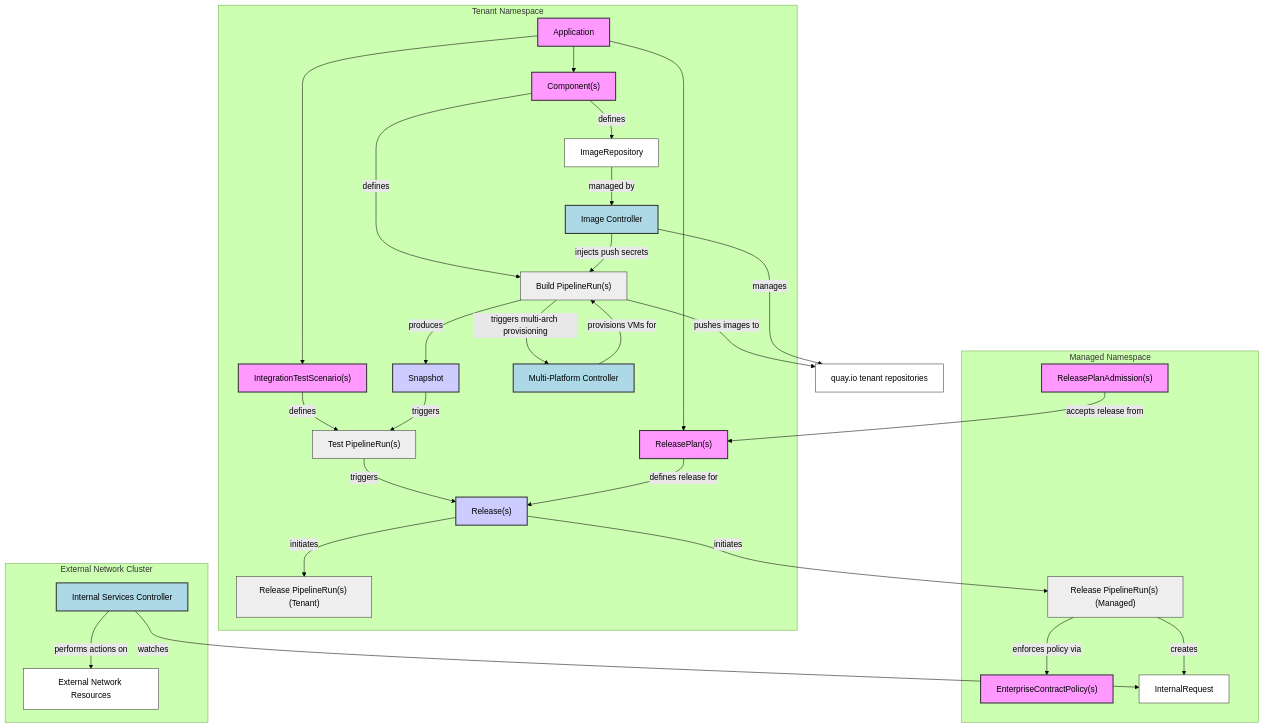
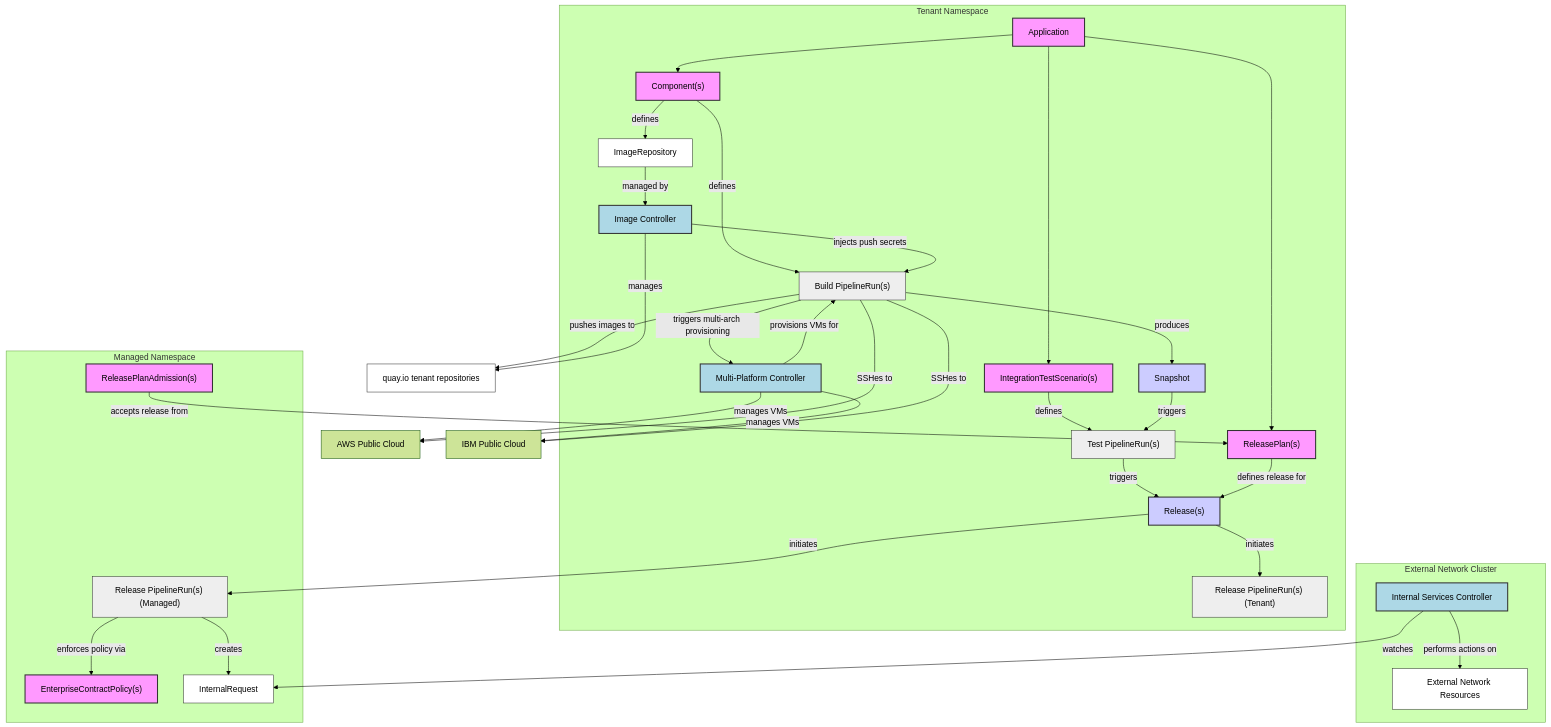
The first of 2 diagrams in architecture/add-ons/index.md (konflux-ci/architecture), drawn with Mermaid (forest theme) before and after one commit.

Commit message:
MPC links to public cloud

````diff
--- a/architecture/add-ons/index.md
+++ b/architecture/add-ons/index.md
@@ -7,71 +7,77 @@
 ```mermaid
 graph TD
     subgraph tenant[Tenant Namespace]
         App[Application] --> Comp["Component(s)"]
         App --> ITS["IntegrationTestScenario(s)"]
         App --> RP["ReleasePlan(s)"]
 
         Comp -- defines --> BPR["Build PipelineRun(s)"]
         BPR -- produces --> Snap["Snapshot"]
         ITS -- defines --> TPR["Test PipelineRun(s)"]
         Snap -- triggers --> TPR
         TPR -- triggers --> Release["Release(s)"]
         RP -- defines release for --> Release
 
         Release -- initiates --> PR["Release PipelineRun(s) (Tenant)"]
         Comp -- defines --> IR["ImageRepository"]
         IR -- managed by --> IC["Image Controller"]
         IC -- injects push secrets --> BPR
         BPR -- triggers multi-arch provisioning --> MPC["Multi-Platform Controller"]
         MPC -- provisions VMs for --> BPR
     end
 
     QIO["quay.io tenant repositories"]
+    AWS["AWS Public Cloud"]
+    IBM["IBM Public Cloud"]
     BPR -- pushes images to --> QIO
     IC -- manages --> QIO
+    MPC -- manages VMs --> AWS
+    MPC -- manages VMs --> IBM
+    BPR -- SSHes to --> AWS
+    BPR -- SSHes to --> IBM
 
     subgraph managed[Managed Namespace]
         RPA["ReleasePlanAdmission(s)"]
         ECP["EnterpriseContractPolicy(s)"]
 
         Release -- initiates --> PRM["Release PipelineRun(s) (Managed)"]
         RPA -- accepts release from --> RP
         PRM -- enforces policy via --> ECP
         PRM -- creates --> IRR["InternalRequest"]
     end
 
     subgraph external[External Network Cluster]
         ISC["Internal Services Controller"]
         ISC -- watches --> IRR
         ISC -- performs actions on --> EXT["External Network Resources"]
     end
 
     style App fill:#f9f,stroke:#333,stroke-width:2px
     style Comp fill:#f9f,stroke:#333,stroke-width:2px
     style Snap fill:#ccf,stroke:#333,stroke-width:2px
     style ITS fill:#f9f,stroke:#333,stroke-width:2px
     style RP fill:#f9f,stroke:#333,stroke-width:2px
     style Release fill:#ccf,stroke:#333,stroke-width:2px
     style PR fill:#eee,stroke:#333,stroke-width:1px
     style PRM fill:#eee,stroke:#333,stroke-width:1px
     style BPR fill:#eee,stroke:#333,stroke-width:1px
     style TPR fill:#eee,stroke:#333,stroke-width:1px
     style RPA fill:#f9f,stroke:#333,stroke-width:2px
     style ECP fill:#f9f,stroke:#333,stroke-width:2px
     style IC fill:#add8e6,stroke:#333,stroke-width:2px
     style QIO fill:#fff,stroke:#333,stroke-width:1px
     style MPC fill:#add8e6,stroke:#333,stroke-width:2px
     style IR fill:#fff,stroke:#333,stroke-width:1px
     style IRR fill:#fff,stroke:#333,stroke-width:1px
     style ISC fill:#add8e6,stroke:#333,stroke-width:2px
     style EXT fill:#fff,stroke:#333,stroke-width:1px
 
     classDef controlPlane fill:#f9f,stroke:#333,stroke-width:2px;
     class App,Comp,ITS,RP,RPA,ECP,IC,MPC,ISC controlPlane;
 
     classDef dataPlane fill:#ccf,stroke:#333,stroke-width:2px;
     class Snap,Release dataPlane;
 
     classDef tekton fill:#eee,stroke:#333,stroke-width:1px;
     class PR,PRM,BPR,TPR tekton;
 ```
````
